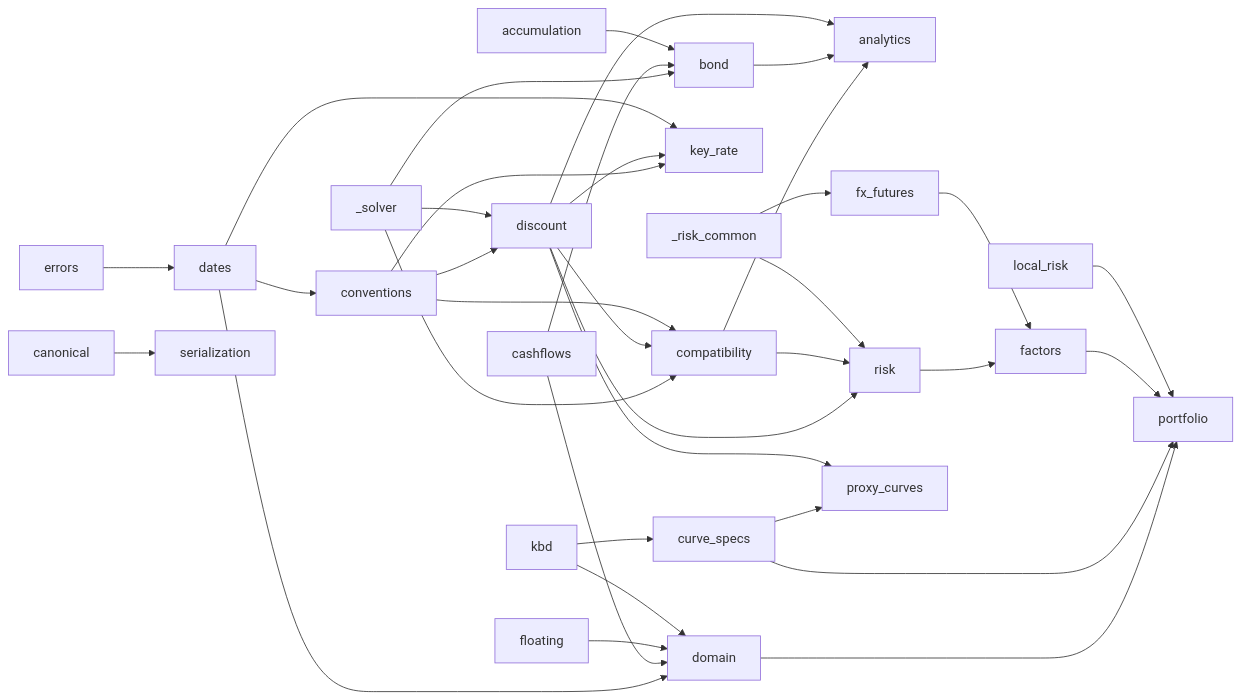
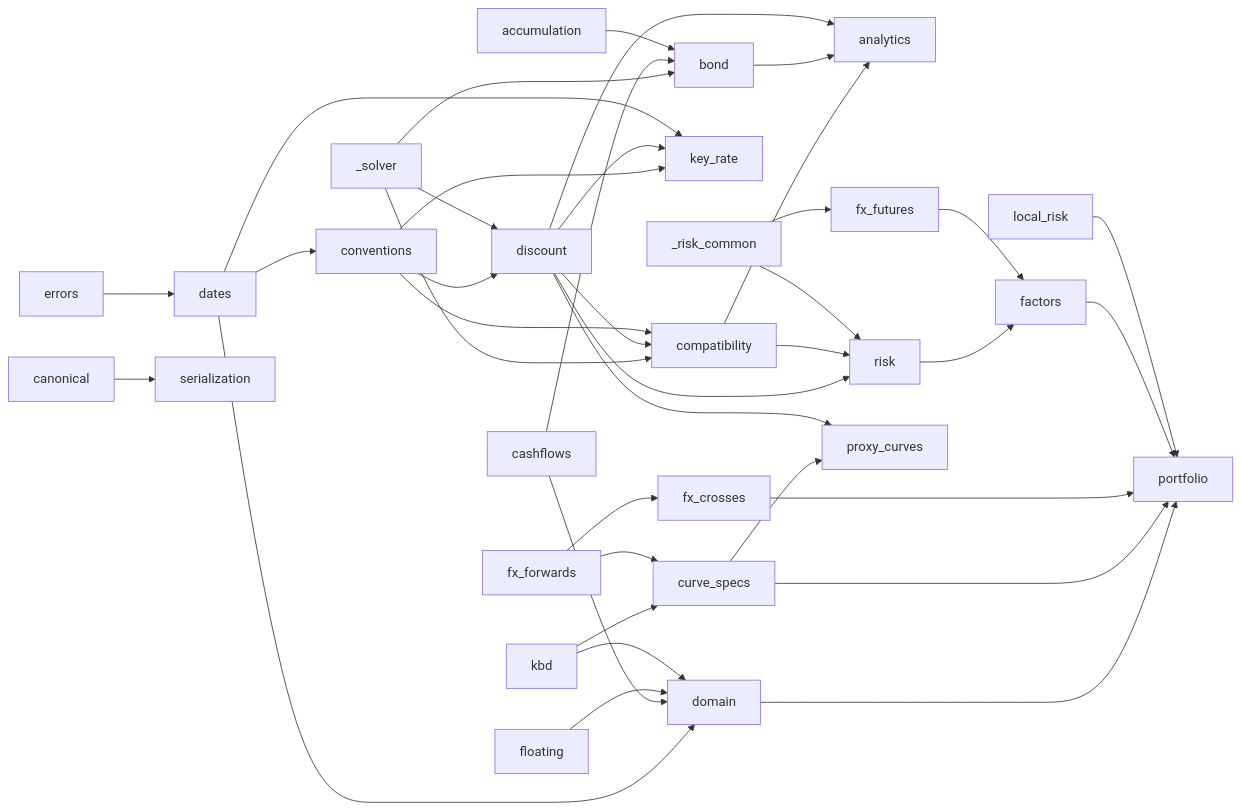
The diagram in docs/ARCHITECTURE.md (FlyingScotman/rub-fixed-income-core), drawn with Mermaid before and after one commit. The commit also changed other lines of this file and 23 other files, not shown here.

````diff
--- a/docs/ARCHITECTURE.md
+++ b/docs/ARCHITECTURE.md
@@ -56,37 +57,40 @@
 ```mermaid
 graph LR
   dates --> conventions
   conventions --> discount
   _solver --> discount
   _solver --> bond
   _solver --> compatibility
   cashflows --> bond
   accumulation --> bond
   discount --> compatibility
   conventions --> compatibility
   compatibility --> analytics
   bond --> analytics
   discount --> analytics
   conventions --> key_rate
   discount --> key_rate
   dates --> key_rate
   discount --> risk
   compatibility --> risk
   _risk_common --> risk
   _risk_common --> fx_futures
   canonical --> serialization
   errors --> dates
   dates --> domain
   cashflows --> domain
   floating --> domain
   kbd --> domain
   kbd --> curve_specs
   risk --> factors
   fx_futures --> factors
   domain --> portfolio
   curve_specs --> portfolio
   curve_specs --> proxy_curves
+  fx_forwards --> curve_specs
+  fx_forwards --> fx_crosses
+  fx_crosses --> portfolio
   discount --> proxy_curves
   factors --> portfolio
   local_risk --> portfolio
 ```
````
